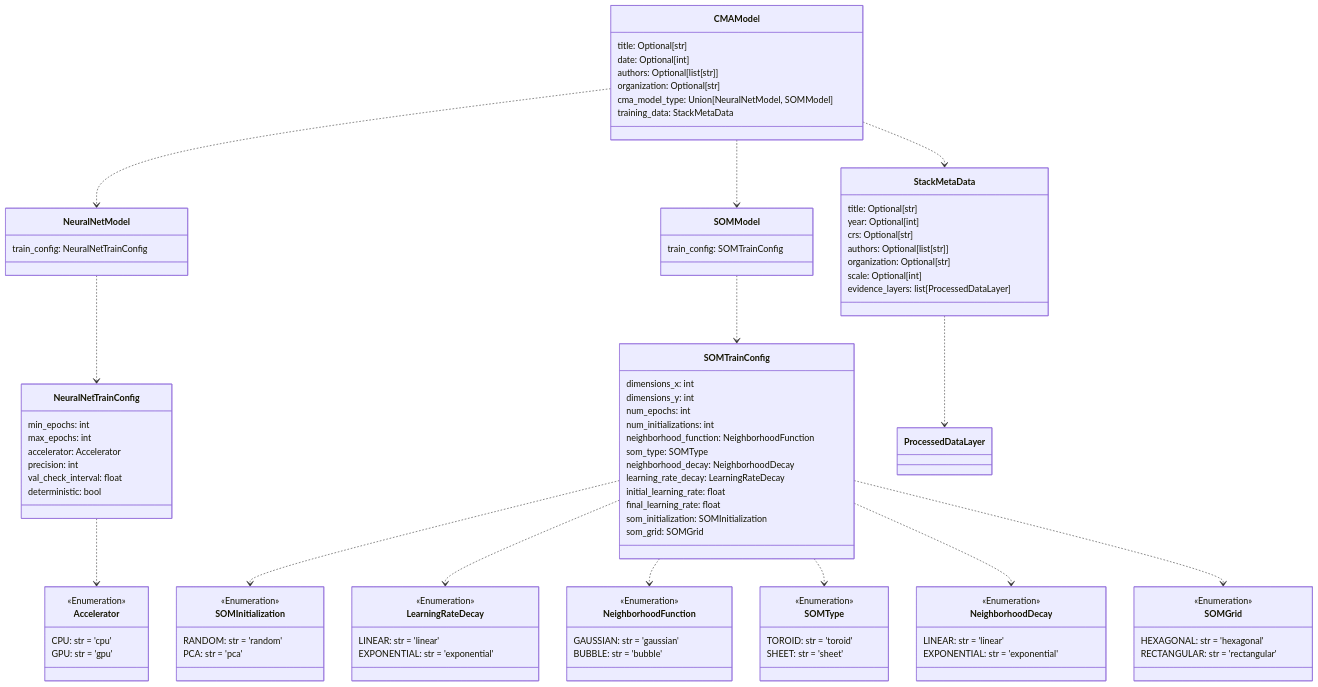
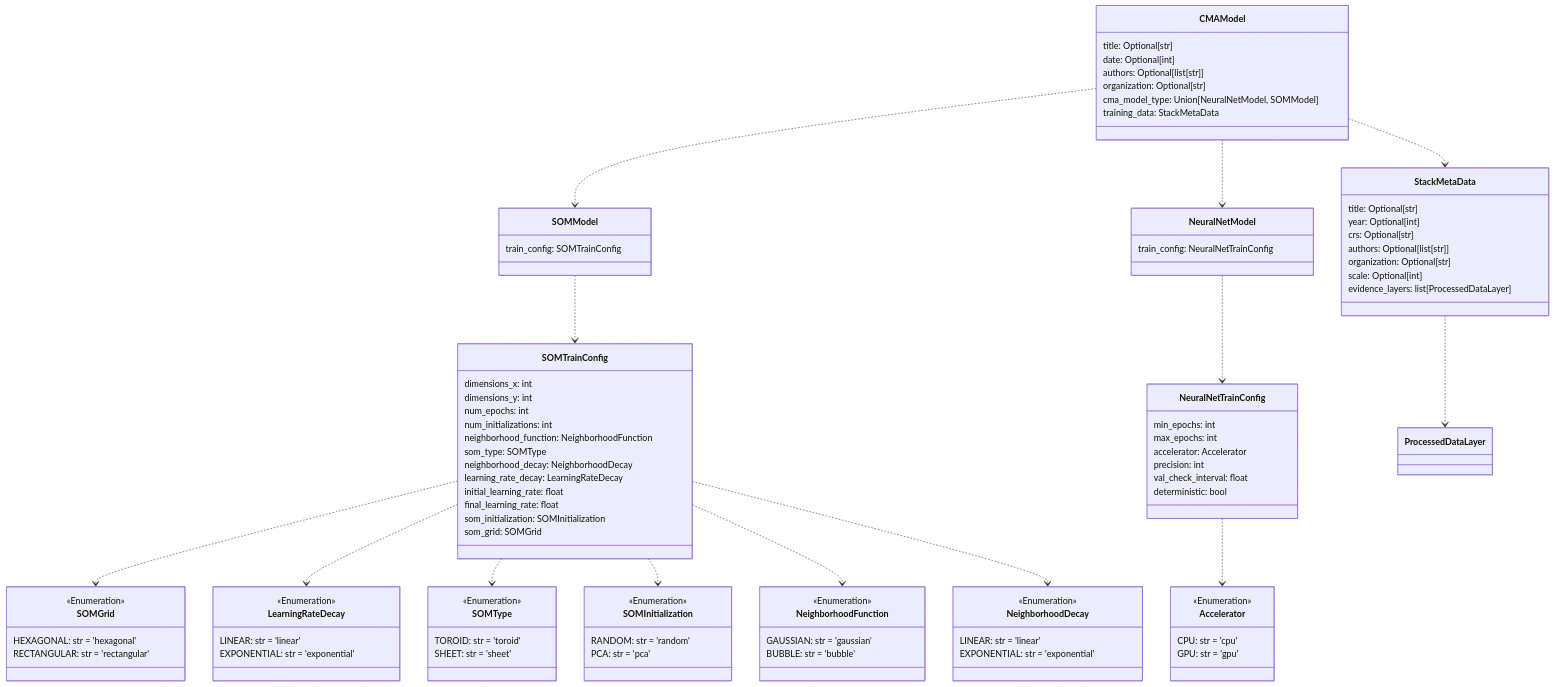
Before and after one commit to DARPA-CRITICALMAAS/cdr_schemas: diagram 14 of 14 in README.md, drawn with Mermaid. The commit also changed other lines of this file and 1 other file, not shown here.

````diff
--- a/README.md
+++ b/README.md
@@ -1058,8 +1064,37 @@
 ```mermaid
 classDiagram
 
-    class SOMModel {
-        train_config: SOMTrainConfig
+    class SOMTrainConfig {
+        dimensions_x: int
+        dimensions_y: int
+        num_epochs: int
+        num_initializations: int
+        neighborhood_function: NeighborhoodFunction
+        som_type: SOMType
+        neighborhood_decay: NeighborhoodDecay
+        learning_rate_decay: LearningRateDecay
+        initial_learning_rate: float
+        final_learning_rate: float
+        som_initialization: SOMInitialization
+        som_grid: SOMGrid
+    }
+
+    class LearningRateDecay {
+        <<Enumeration>>
+        LINEAR: str = 'linear'
+        EXPONENTIAL: str = 'exponential'
+    }
+
+    class SOMType {
+        <<Enumeration>>
+        TOROID: str = 'toroid'
+        SHEET: str = 'sheet'
+    }
+
+    class SOMInitialization {
+        <<Enumeration>>
+        RANDOM: str = 'random'
+        PCA: str = 'pca'
     }
 
     class CMAModel {
@@ -1077,31 +1112,8 @@
         EXPONENTIAL: str = 'exponential'
     }
 
-    class SOMType {
-        <<Enumeration>>
-        TOROID: str = 'toroid'
-        SHEET: str = 'sheet'
-    }
-
-    class SOMTrainConfig {
-        dimensions_x: int
-        dimensions_y: int
-        num_epochs: int
-        num_initializations: int
-        neighborhood_function: NeighborhoodFunction
-        som_type: SOMType
-        neighborhood_decay: NeighborhoodDecay
-        learning_rate_decay: LearningRateDecay
-        initial_learning_rate: float
-        final_learning_rate: float
-        som_initialization: SOMInitialization
-        som_grid: SOMGrid
-    }
-
-    class SOMGrid {
-        <<Enumeration>>
-        HEXAGONAL: str = 'hexagonal'
-        RECTANGULAR: str = 'rectangular'
+    class SOMModel {
+        train_config: SOMTrainConfig
     }
 
     class Accelerator {
@@ -1110,25 +1122,10 @@
         GPU: str = 'gpu'
     }
 
-    class NeuralNetTrainConfig {
-        min_epochs: int
-        max_epochs: int
-        accelerator: Accelerator
-        precision: int
-        val_check_interval: float
-        deterministic: bool
-    }
-
-    class LearningRateDecay {
+    class SOMGrid {
         <<Enumeration>>
-        LINEAR: str = 'linear'
-        EXPONENTIAL: str = 'exponential'
-    }
-
-    class SOMInitialization {
-        <<Enumeration>>
-        RANDOM: str = 'random'
-        PCA: str = 'pca'
+        HEXAGONAL: str = 'hexagonal'
+        RECTANGULAR: str = 'rectangular'
     }
 
     class StackMetaData {
@@ -1151,18 +1148,27 @@
         BUBBLE: str = 'bubble'
     }
 
+    class NeuralNetTrainConfig {
+        min_epochs: int
+        max_epochs: int
+        accelerator: Accelerator
+        precision: int
+        val_check_interval: float
+        deterministic: bool
+    }
+
     StackMetaData ..> ProcessedDataLayer
     NeuralNetTrainConfig ..> Accelerator
+    SOMTrainConfig ..> SOMGrid
+    SOMTrainConfig ..> LearningRateDecay
+    SOMTrainConfig ..> SOMType
     SOMTrainConfig ..> SOMInitialization
-    SOMTrainConfig ..> LearningRateDecay
     SOMTrainConfig ..> NeighborhoodFunction
-    SOMTrainConfig ..> SOMType
     SOMTrainConfig ..> NeighborhoodDecay
-    SOMTrainConfig ..> SOMGrid
     NeuralNetModel ..> NeuralNetTrainConfig
     SOMModel ..> SOMTrainConfig
+    CMAModel ..> SOMModel
     CMAModel ..> NeuralNetModel
-    CMAModel ..> SOMModel
     CMAModel ..> StackMetaData
 
 
````
